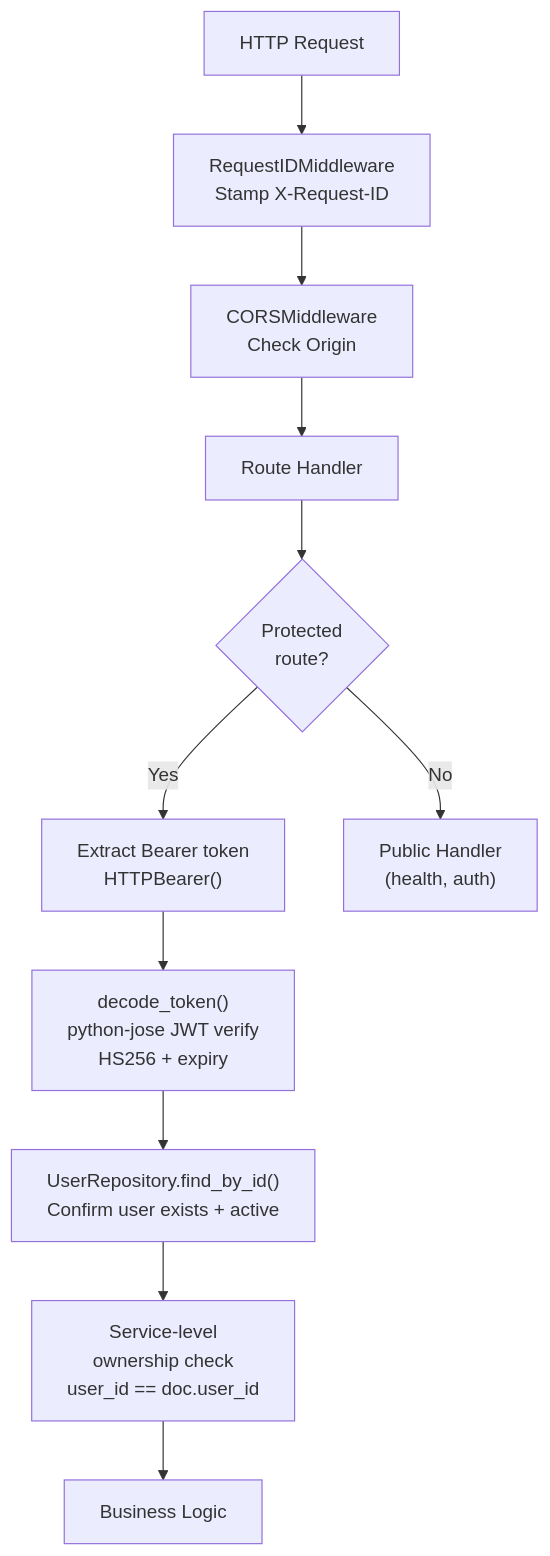
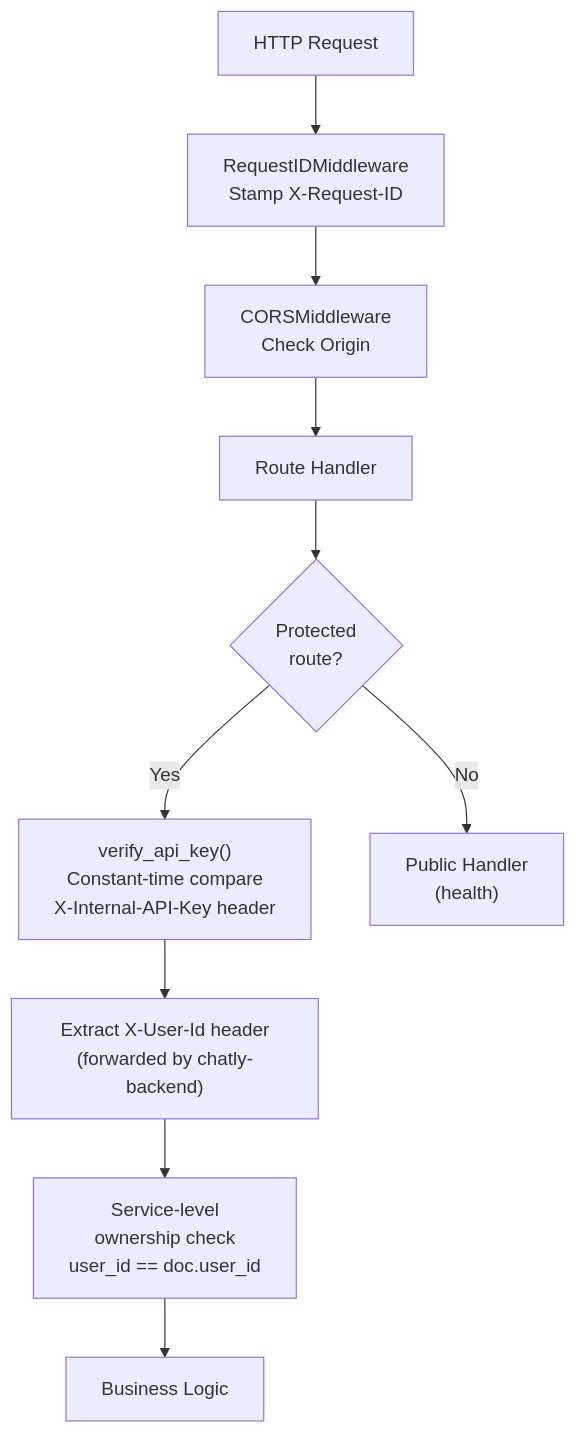
Diagram 12 of 13 in chatly-agent/ARCHITECTURE.md (giasinguyen/chatly-messaging-platform), drawn with Mermaid before and after one commit. The commit also changed other lines of this file and 26 other files, not shown here.

First line of the commit message:
Refactor chat service and agent architecture

````diff
--- a/chatly-agent/ARCHITECTURE.md
+++ b/chatly-agent/ARCHITECTURE.md
@@ -430,19 +424,18 @@
 ```mermaid
 flowchart TD
     Request["HTTP Request"]
     RID["RequestIDMiddleware\nStamp X-Request-ID"]
     CORS["CORSMiddleware\nCheck Origin"]
     Route["Route Handler"]
     Protected{Protected\nroute?}
-    Bearer["Extract Bearer token\nHTTPBearer()"]
-    Decode["decode_token()\npython-jose JWT verify\nHS256 + expiry"]
-    UserLookup["UserRepository.find_by_id()\nConfirm user exists + active"]
+    APIKey["verify_api_key()\nConstant-time compare\nX-Internal-API-Key header"]
+    UserID["Extract X-User-Id header\n(forwarded by chatly-backend)"]
     Ownership["Service-level\nownership check\nuser_id == doc.user_id"]
     Business["Business Logic"]
-    Public["Public Handler\n(health, auth)"]
+    Public["Public Handler\n(health)"]
 
     Request --> RID --> CORS --> Route
     Route --> Protected
-    Protected -->|Yes| Bearer --> Decode --> UserLookup --> Ownership --> Business
+    Protected -->|Yes| APIKey --> UserID --> Ownership --> Business
     Protected -->|No| Public
 ```
````
